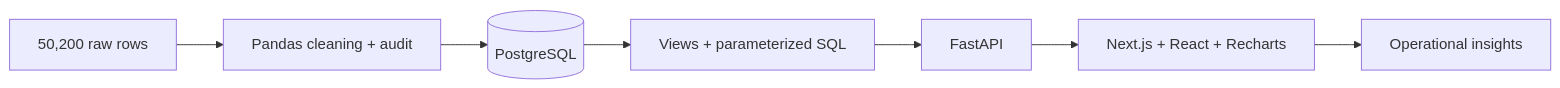
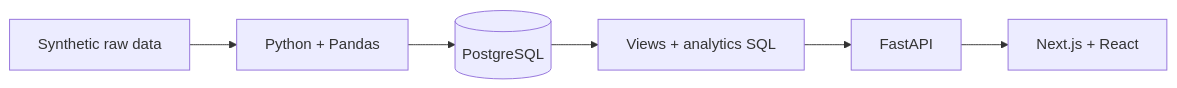
Before and after one commit to Eshgin10/Payment-Intelligence-Dashboard: the diagram in README.md, drawn with Mermaid. The commit also changed other lines of this file, not shown here.

````diff
--- a/README.md
+++ b/README.md
@@ -61,9 +18,8 @@
 ```mermaid
 flowchart LR
-  Raw[50,200 raw rows] --> Clean[Pandas cleaning + audit]
+  Raw[Synthetic raw data] --> Clean[Python + Pandas]
   Clean --> PG[(PostgreSQL)]
-  PG --> SQL[Views + parameterized SQL]
+  PG --> SQL[Views + analytics SQL]
   SQL --> API[FastAPI]
-  API --> UI[Next.js + React + Recharts]
-  UI --> Decisions[Operational insights]
+  API --> UI[Next.js + React]
 ```
````
